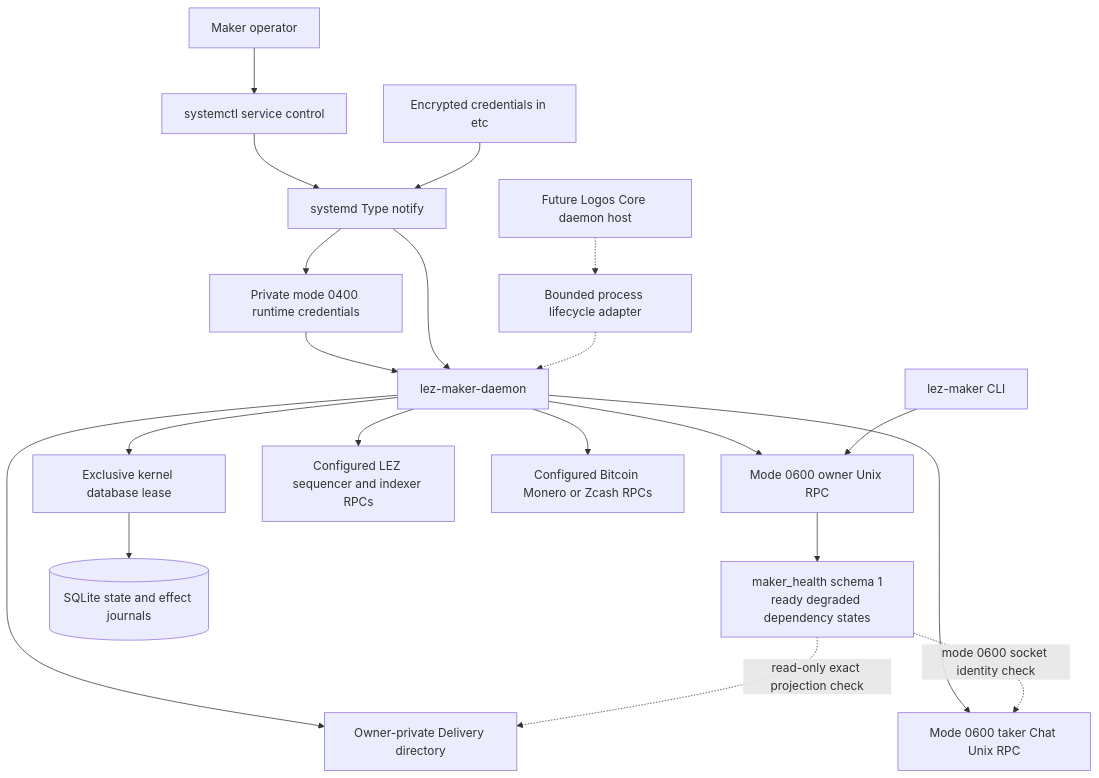
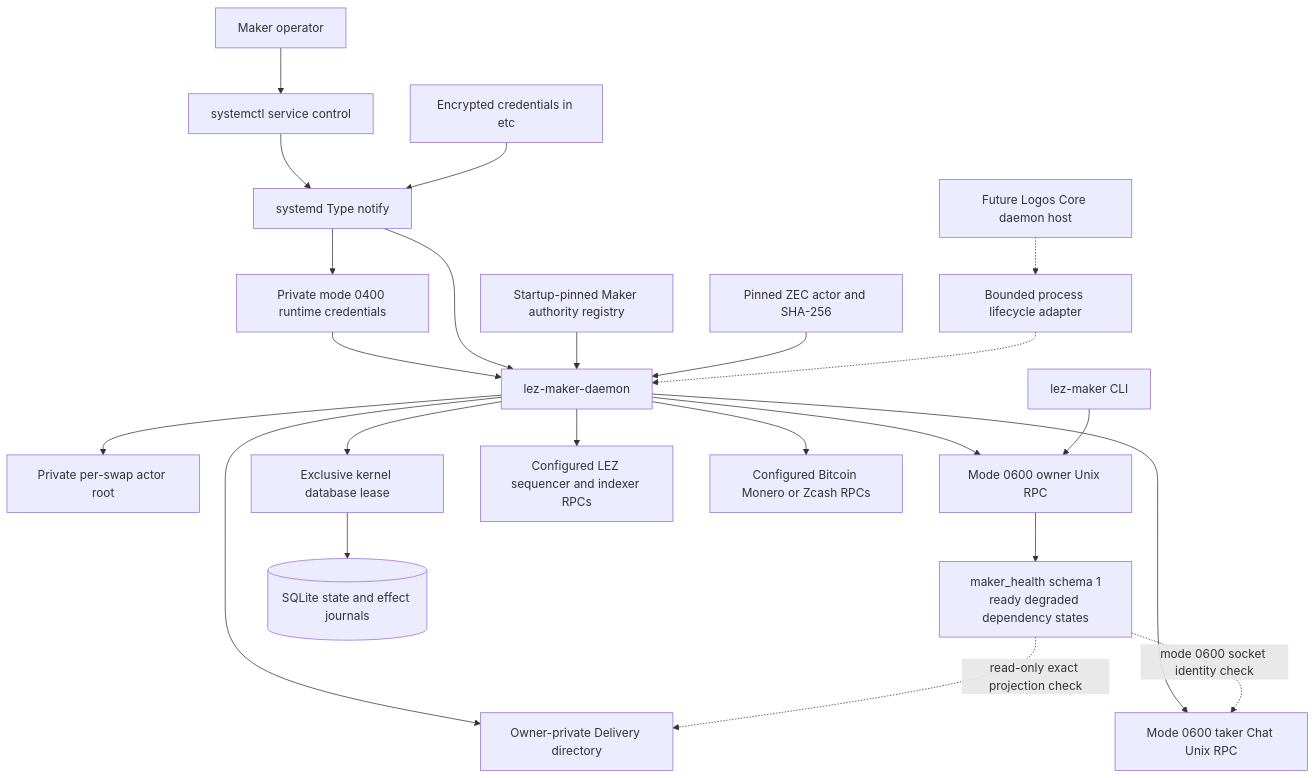
Before and after one commit to gateway-fm/lez-atomic-swaps: the seventh of 18 diagrams in docs/architecture/deployment-components-and-rpcs.md, drawn with Mermaid. The commit also changed other lines of this file and 22 other files, not shown here.

Commit message:
feat(m5): require per-swap actor authority under systemd

````diff
--- a/docs/architecture/deployment-components-and-rpcs.md
+++ b/docs/architecture/deployment-components-and-rpcs.md
@@ -718,40 +718,46 @@
 ```mermaid
 flowchart TB
     Operator[Maker operator]
     Systemctl[systemctl service control]
     Systemd[systemd Type notify]
     Core[Future Logos Core daemon host]
     Adapter[Bounded process lifecycle adapter]
     Encrypted[Encrypted credentials in etc]
     RuntimeCredentials[Private mode 0400 runtime credentials]
+    Authority[Startup-pinned Maker authority registry]
+    ActorProgram[Pinned ZEC actor and SHA-256]
+    ActorRoot[Private per-swap actor root]
     Daemon[lez-maker-daemon]
     Health[maker_health schema 1<br/>ready degraded dependency states]
     OwnerSocket[Mode 0600 owner Unix RPC]
     ChatSocket[Mode 0600 taker Chat Unix RPC]
     Lease[Exclusive kernel database lease]
     Store[(SQLite state and effect journals)]
     Delivery[Owner-private Delivery directory]
     LezRpc[Configured LEZ sequencer and indexer RPCs]
     ForeignRpc[Configured Bitcoin Monero or Zcash RPCs]
     MakerCli[lez-maker CLI]
 
     Operator --> Systemctl
     Systemctl --> Systemd
     Encrypted --> Systemd
     Systemd --> RuntimeCredentials
     RuntimeCredentials --> Daemon
     Systemd --> Daemon
+    Authority --> Daemon
+    ActorProgram --> Daemon
+    Daemon --> ActorRoot
     Core -.-> Adapter
     Adapter -.-> Daemon
     Daemon --> Lease
     Lease --> Store
     Daemon --> Delivery
     Daemon --> OwnerSocket
     Daemon --> ChatSocket
     Daemon --> LezRpc
     Daemon --> ForeignRpc
     MakerCli --> OwnerSocket
     OwnerSocket --> Health
     Health -.->|read-only exact projection check| Delivery
     Health -.->|mode 0600 socket identity check| ChatSocket
 ```
````
